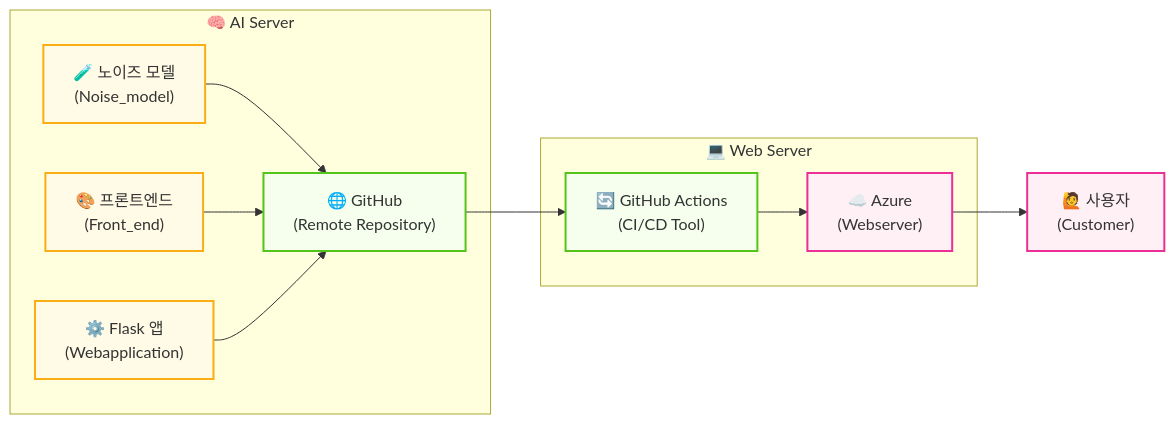
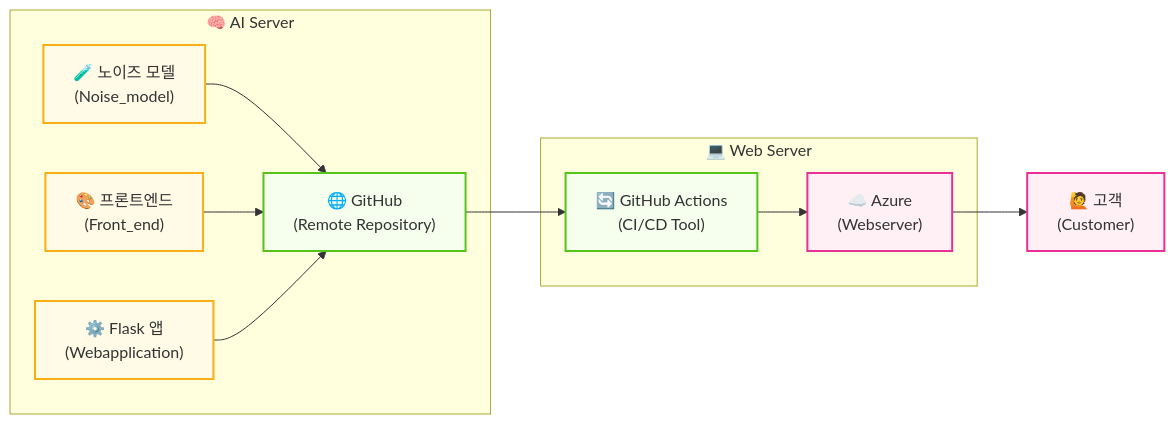
One commit to hyundairotemai2/AIFAKER changed the second of 3 diagrams in README.md. Above: the diagram before and after it, drawn with Mermaid.

````diff
--- a/README.md
+++ b/README.md
@@ -32,37 +32,38 @@
 ```mermaid
 flowchart LR
     Model["🧪 노이즈 모델<br/>(Noise_model)"]
     Frontend["🎨 프론트엔드<br/>(Front_end)"]
     Backend["⚙️ Flask 앱<br/>(Webapplication)"]
 
     GitHub["🌐 GitHub<br/>(Remote Repository)"]
     Actions["🔄 GitHub Actions<br/>(CI/CD Tool)"]
     Azure["☁️ Azure<br/>(Webserver)"]
-    Customer["🙋 사용자<br/>(Customer)"]
+    Customer["🙋 고객<br/>(Customer)"]
 
     %% ✅ AI Server 그룹
     subgraph "🧠 AI Server"
         Model --> GitHub
         Frontend --> GitHub
         Backend --> GitHub
     end
 
     %% ✅ Web Server 그룹
     subgraph "💻 Web Server"
         GitHub --> Actions
         Actions --> Azure
     end
 
+    %% ✅ 데이터 흐름: 사용자로 "결과" 전달
     Azure --> Customer
 
     %% ✅ 클래스 정의 (노드 색상)
     classDef dev fill:#e6f7ff,stroke:#1890ff,stroke-width:2px;
     classDef code fill:#fffbe6,stroke:#faad14,stroke-width:2px;
     classDef infra fill:#f6ffed,stroke:#52c41a,stroke-width:2px;
     classDef deploy fill:#fff0f6,stroke:#eb2f96,stroke-width:2px;
 
     %% ✅ 클래스 적용
     class Model,Frontend,Backend code;
     class GitHub,Actions infra;
     class Azure,Customer deploy;
 ```
````
